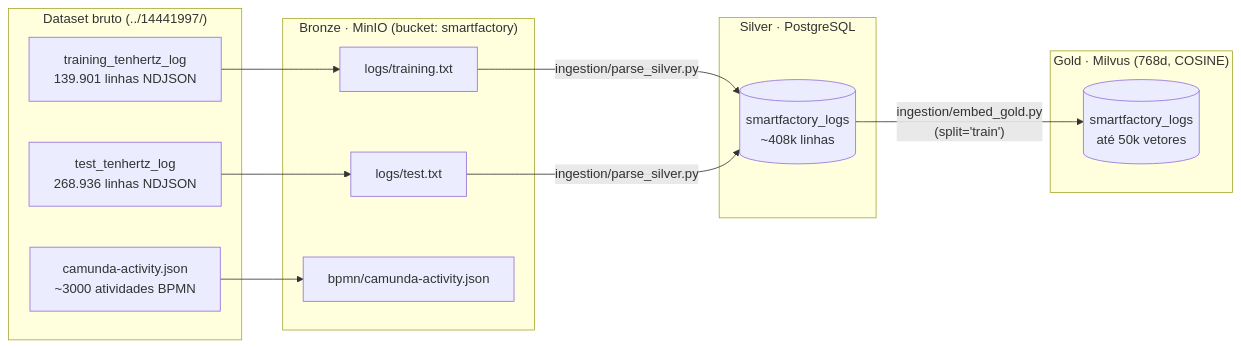
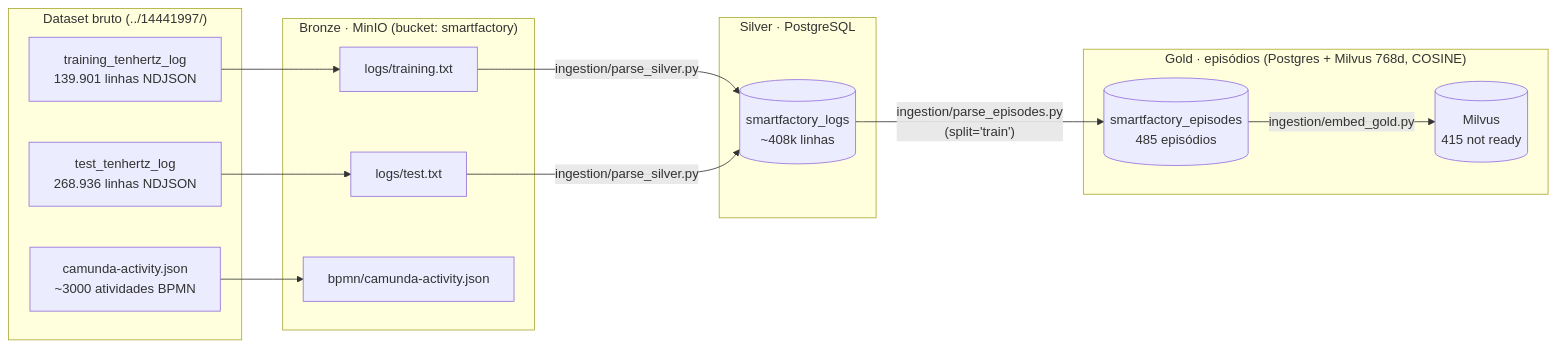
One commit to FellipeScrup/aiops-industry changed the diagram in docs/data_hierarchy.md. Above: the diagram before and after it, drawn with Mermaid. The commit also changed other lines of this file and 3 other files, not shown here.

````diff
--- a/docs/data_hierarchy.md
+++ b/docs/data_hierarchy.md
@@ -13,29 +23,31 @@
 ```mermaid
 flowchart LR
     subgraph RAW["Dataset bruto (../14441997/)"]
         T1["training_tenhertz_log<br/>139.901 linhas NDJSON"]
         T2["test_tenhertz_log<br/>268.936 linhas NDJSON"]
         C1["camunda-activity.json<br/>~3000 atividades BPMN"]
     end
 
     subgraph BRONZE["Bronze · MinIO (bucket: smartfactory)"]
         B1["logs/training.txt"]
         B2["logs/test.txt"]
         B3["bpmn/camunda-activity.json"]
     end
 
     subgraph SILVER["Silver · PostgreSQL"]
         S1[("smartfactory_logs<br/>~408k linhas")]
     end
 
-    subgraph GOLD["Gold · Milvus (768d, COSINE)"]
-        G1[("smartfactory_logs<br/>até 50k vetores")]
+    subgraph GOLD["Gold · episódios (Postgres + Milvus 768d, COSINE)"]
+        GP[("smartfactory_episodes<br/>485 episódios")]
+        G1[("Milvus<br/>415 not ready")]
     end
 
     T1 --> B1
     T2 --> B2
     C1 --> B3
     B1 -- "ingestion/parse_silver.py" --> S1
     B2 -- "ingestion/parse_silver.py" --> S1
-    S1 -- "ingestion/embed_gold.py<br/>(split='train')" --> G1
+    S1 -- "ingestion/parse_episodes.py<br/>(split='train')" --> GP
+    GP -- "ingestion/embed_gold.py" --> G1
 ```
````
